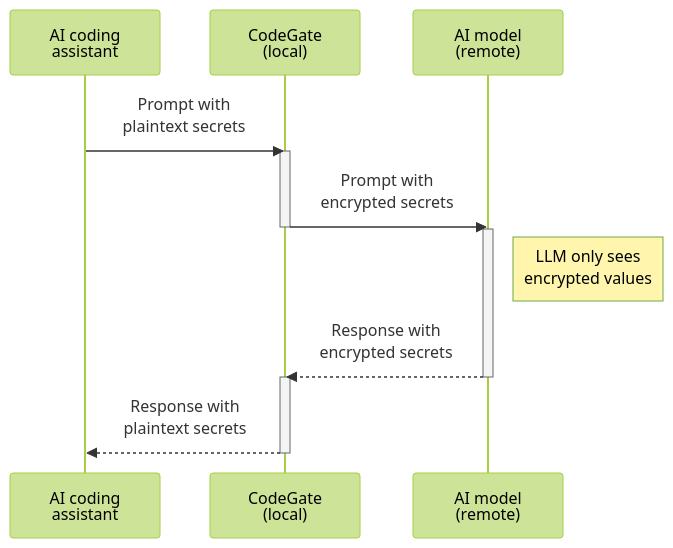
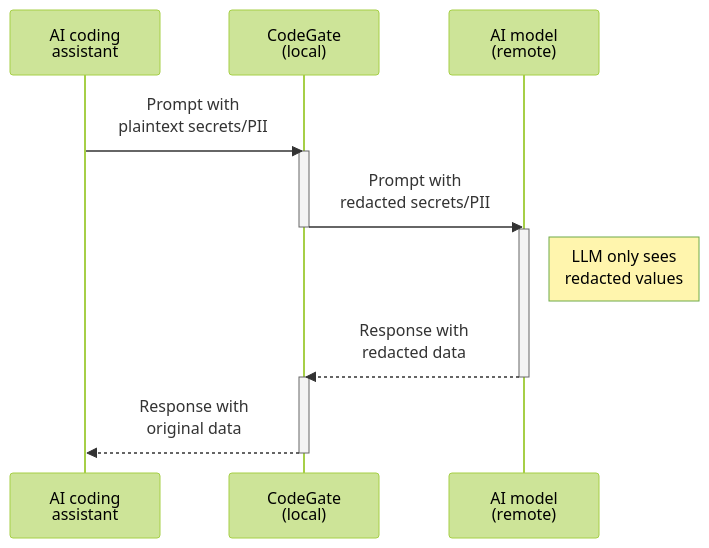
Before and after one commit to syntax-syndicate/codegate-docs: the diagram in docs/features/secrets-encryption.md, drawn with Mermaid (forest theme). The commit also changed other lines of this file and 6 other files, not shown here.

````diff
--- a/docs/features/secrets-encryption.md
+++ b/docs/features/secrets-encryption.md
@@ -45,18 +39,18 @@
 ```mermaid
 sequenceDiagram
     participant Client as AI coding<br>assistant
     participant CodeGate as CodeGate<br>(local)
     participant LLM as AI model<br>(remote)
 
-    Client ->> CodeGate: Prompt with<br>plaintext secrets
+    Client ->> CodeGate: Prompt with<br>plaintext secrets/PII
     activate CodeGate
-    CodeGate ->> LLM: Prompt with<br>encrypted secrets
+    CodeGate ->> LLM: Prompt with<br>redacted secrets/PII
     deactivate CodeGate
     activate LLM
-    note right of LLM: LLM only sees<br>encrypted values
-    LLM -->> CodeGate: Response with<br>encrypted secrets
+    note right of LLM: LLM only sees<br>redacted values
+    LLM -->> CodeGate: Response with<br>redacted data
     deactivate LLM
     activate CodeGate
-    CodeGate -->> Client: Response with<br>plaintext secrets
+    CodeGate -->> Client: Response with<br>original data
     deactivate CodeGate
 ```
````
